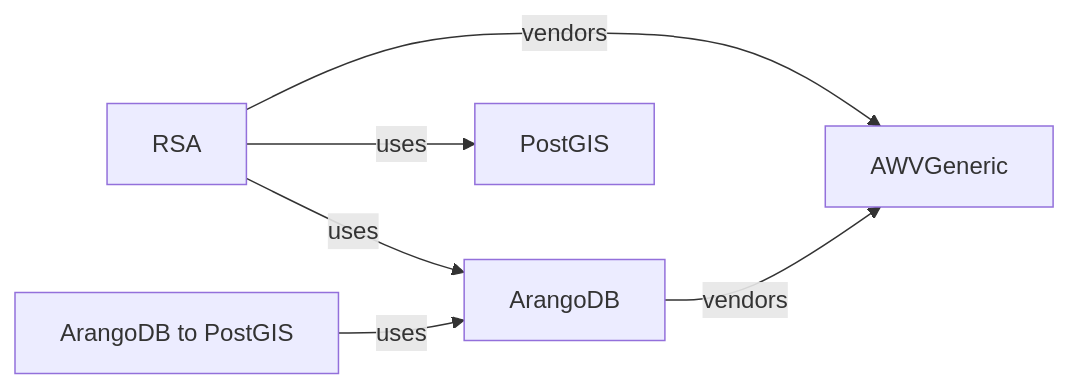
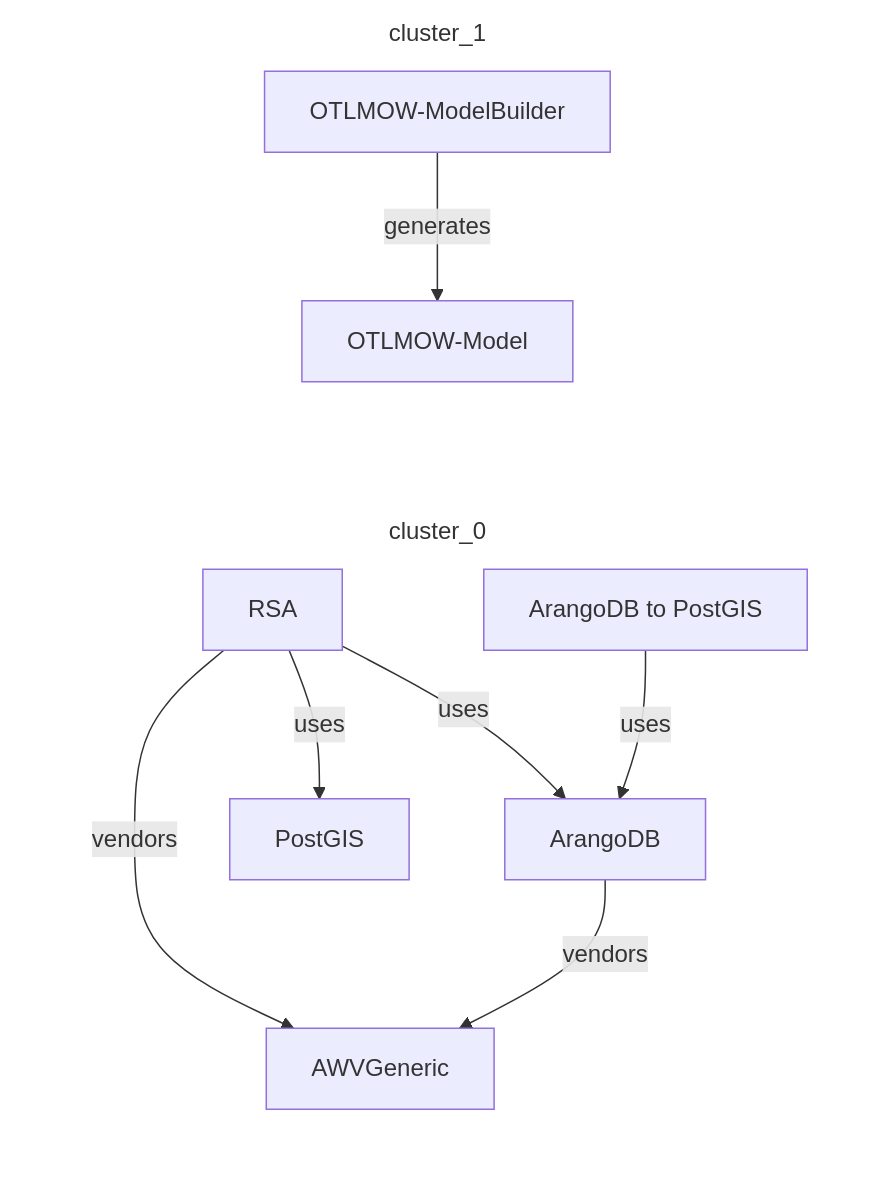
One commit to davidvlaminck/Home changed the diagram in repos.mmd. Above: the diagram before and after it, drawn with Mermaid. The commit also changed 1 other file, not shown here.

```diff
--- a/repos.mmd
+++ b/repos.mmd
@@ -1,12 +1,22 @@
 flowchart LR
-    awv_generic["AWVGeneric"]
-    rsa["RSA"]
-    arango_db["ArangoDB"]
-    arango_db_to_postgis["ArangoDB to PostGIS"]
-    postgis["PostGIS"]
+    subgraph cluster_0
+        awv_generic["AWVGeneric"]
+        rsa["RSA"]
+        arango_db["ArangoDB"]
+        postgis["PostGIS"]
+        arango_db_to_postgis["ArangoDB to PostGIS"]
+    end
+    subgraph cluster_1
+        model["OTLMOW-Model"]
+        modelbuilder["OTLMOW-ModelBuilder"]
+    end
+
+    classDef plain fill:none,stroke:none;
+    class cluster_0,cluster_1 plain;
 
     rsa -->|vendors| awv_generic
     rsa -->|uses| arango_db
     rsa -->|uses| postgis
     arango_db -->|vendors| awv_generic
     arango_db_to_postgis -->|uses| arango_db
+    modelbuilder -->|generates| model
```
